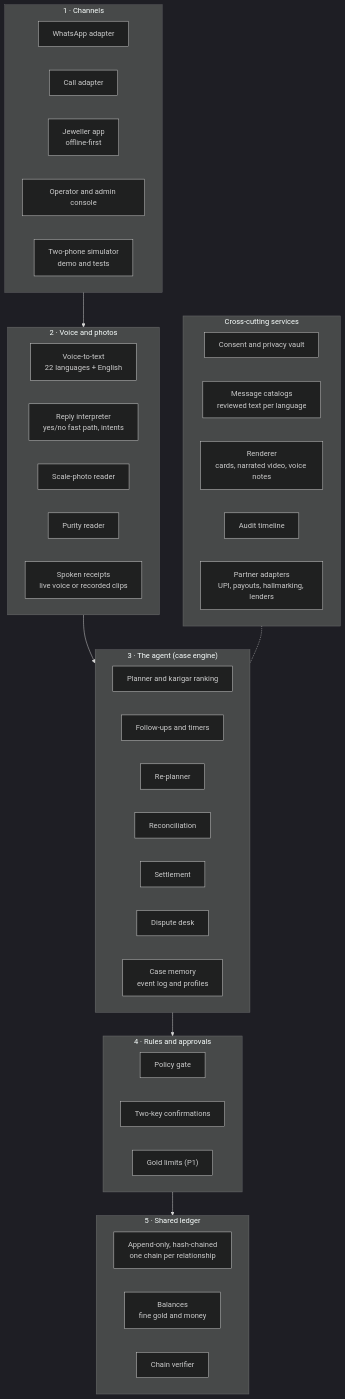
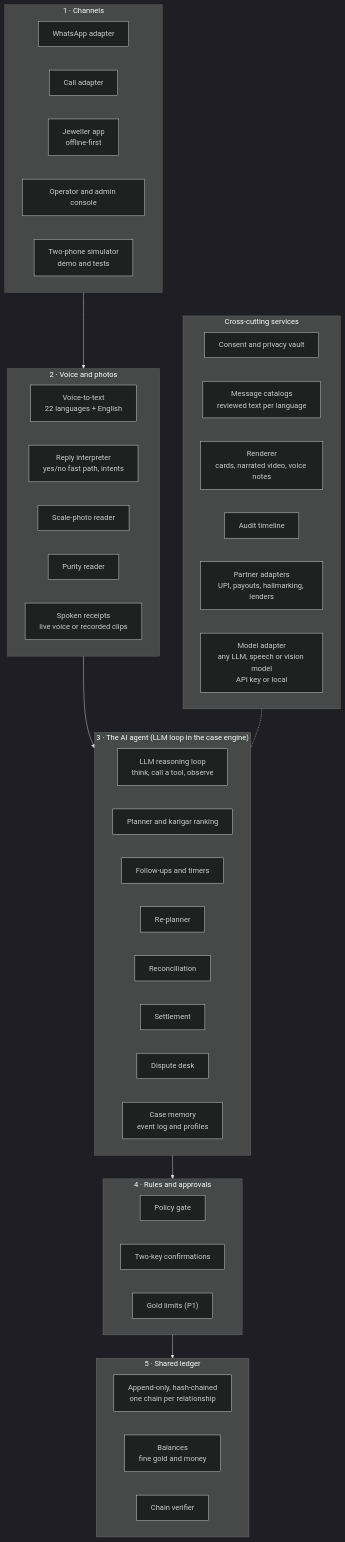
One commit to shubham-jadhav-FiatLux/saakshi changed the second of 7 diagrams in docs/high-level-design.md. Above: the diagram before and after it, drawn with Mermaid (dark theme). The commit also changed other lines of this file and 2 other files, not shown here.

Commit message:
Describe the agentic AI workflow: agent loop, tools, guardrails and model routing

````diff
--- a/docs/high-level-design.md
+++ b/docs/high-level-design.md
@@ -78,45 +79,47 @@
 ```mermaid
 flowchart TB
   subgraph CH["1 · Channels"]
     WAD["WhatsApp adapter"]
     CAD["Call adapter"]
     APP["Jeweller app<br/>offline-first"]
     CON["Operator and admin console"]
     SIM["Two-phone simulator<br/>demo and tests"]
   end
   subgraph VP["2 · Voice and photos"]
     VTT["Voice-to-text<br/>22 languages + English"]
     RI["Reply interpreter<br/>yes/no fast path, intents"]
     SR["Scale-photo reader"]
     PR["Purity reader"]
     SPK["Spoken receipts<br/>live voice or recorded clips"]
   end
-  subgraph AG["3 · The agent (case engine)"]
+  subgraph AG["3 · The AI agent (LLM loop in the case engine)"]
+    LLM["LLM reasoning loop<br/>think, call a tool, observe"]
     PL["Planner and karigar ranking"]
     FU["Follow-ups and timers"]
     RP["Re-planner"]
     RC["Reconciliation"]
     ST["Settlement"]
     DS["Dispute desk"]
     MEM["Case memory<br/>event log and profiles"]
   end
   subgraph RU["4 · Rules and approvals"]
     PG["Policy gate"]
     TK["Two-key confirmations"]
     LIM["Gold limits (P1)"]
   end
   subgraph LE["5 · Shared ledger"]
     LED["Append-only, hash-chained<br/>one chain per relationship"]
     BAL["Balances<br/>fine gold and money"]
     VER["Chain verifier"]
   end
   subgraph XC["Cross-cutting services"]
     VAULT["Consent and privacy vault"]
     CAT["Message catalogs<br/>reviewed text per language"]
     REN["Renderer<br/>cards, narrated video, voice notes"]
     AUD["Audit timeline"]
     PAD["Partner adapters<br/>UPI, payouts, hallmarking, lenders"]
+    MAD["Model adapter<br/>any LLM, speech or vision model<br/>API key or local"]
   end
   CH --> VP --> AG --> RU --> LE
   XC -.- AG
 ```
````
